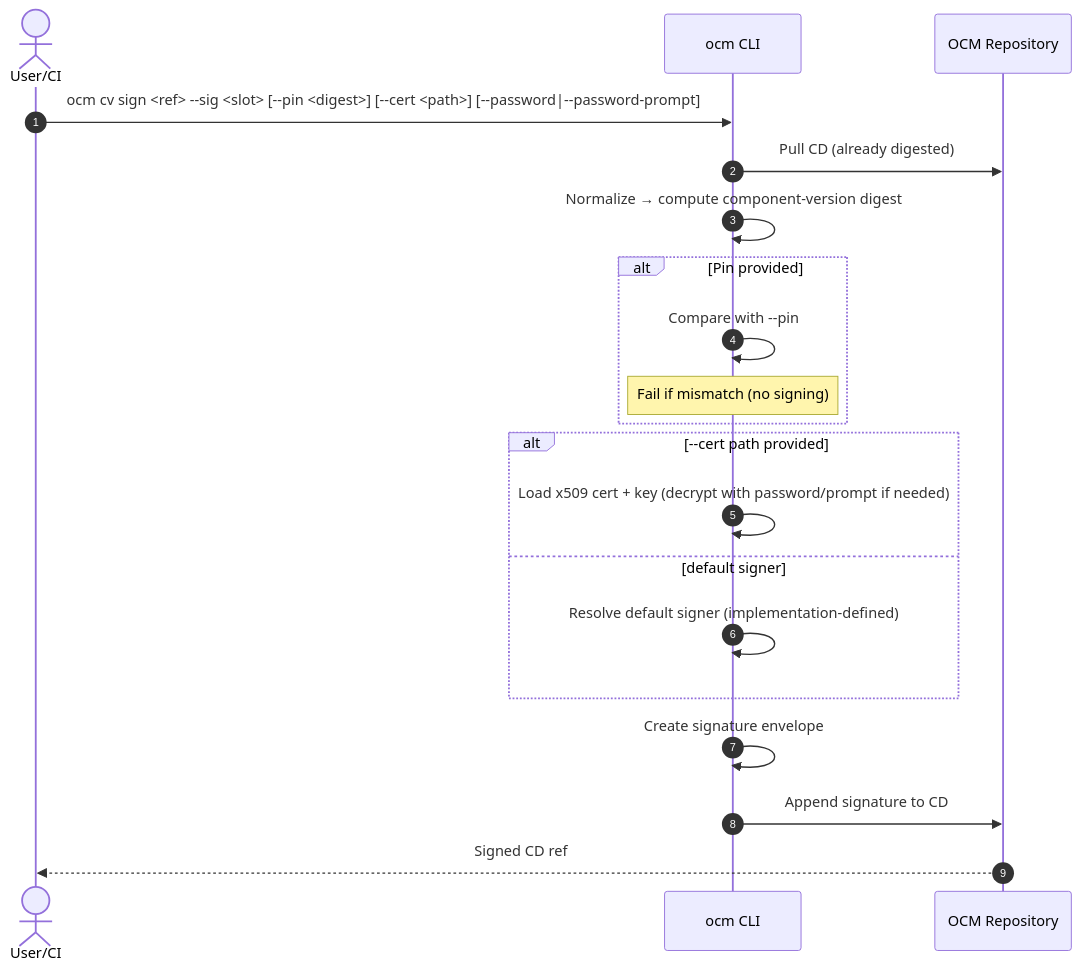
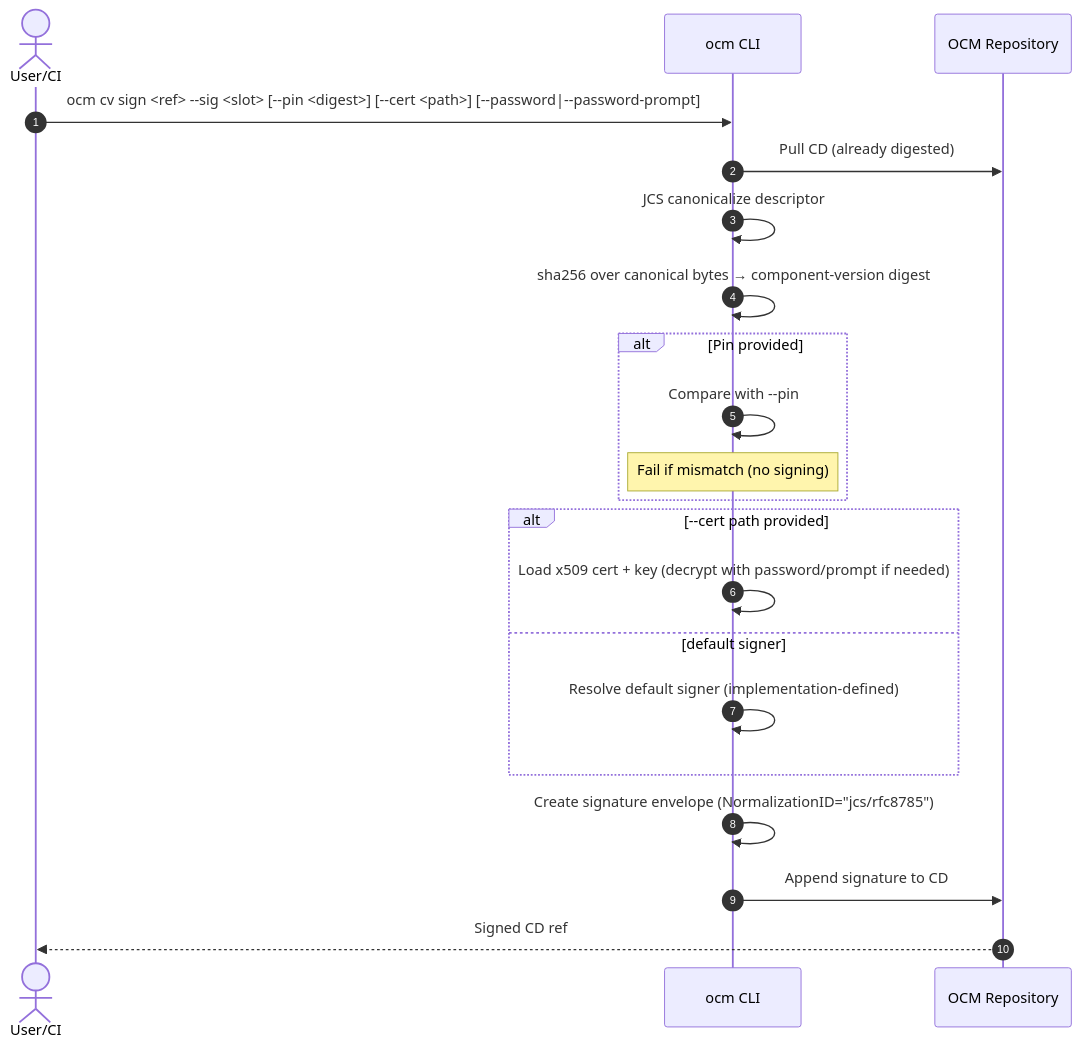
Before and after one commit to open-component-model/open-component-model: the second of 2 diagrams in docs/adr/0008_signing_verification.md, drawn with Mermaid. The commit also changed other lines of this file, not shown here.

````diff
--- a/docs/adr/0008_signing_verification.md
+++ b/docs/adr/0008_signing_verification.md
@@ -190,23 +197,24 @@
 ```mermaid
 sequenceDiagram
   autonumber
   actor U as User/CI
   participant C as ocm CLI
   participant R as OCM Repository
 
   U->>C: ocm cv sign <ref> --sig <slot> [--pin <digest>] [--cert <path>] [--password|--password-prompt]
   C->>R: Pull CD (already digested)
-  C->>C: Normalize → compute component-version digest
+  C->>C: JCS canonicalize descriptor
+  C->>C: sha256 over canonical bytes → component-version digest
   alt Pin provided
     C->>C: Compare with --pin
     note over C: Fail if mismatch (no signing)
   end
   alt --cert path provided
     C->>C: Load x509 cert + key (decrypt with password/prompt if needed)
   else default signer
     C->>C: Resolve default signer (implementation-defined)
   end
-  C->>C: Create signature envelope
+  C->>C: Create signature envelope (NormalizationID="jcs/rfc8785")
   C->>R: Append signature to CD
   R-->>U: Signed CD ref
 ```
````
